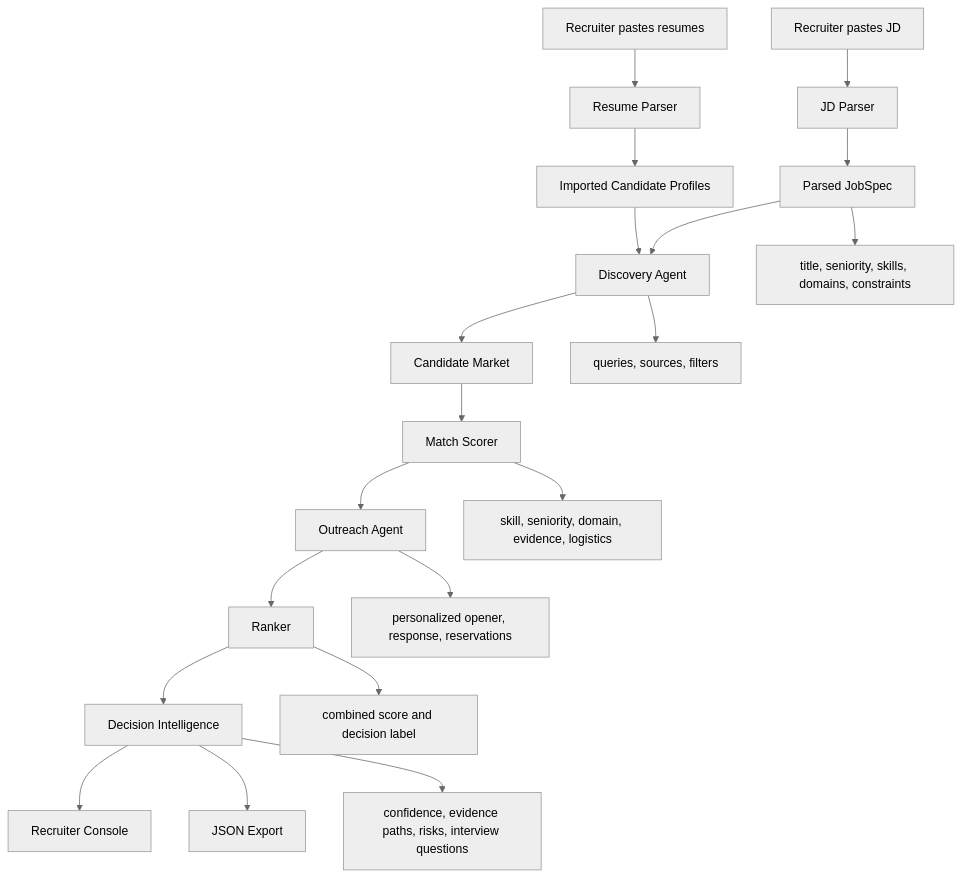
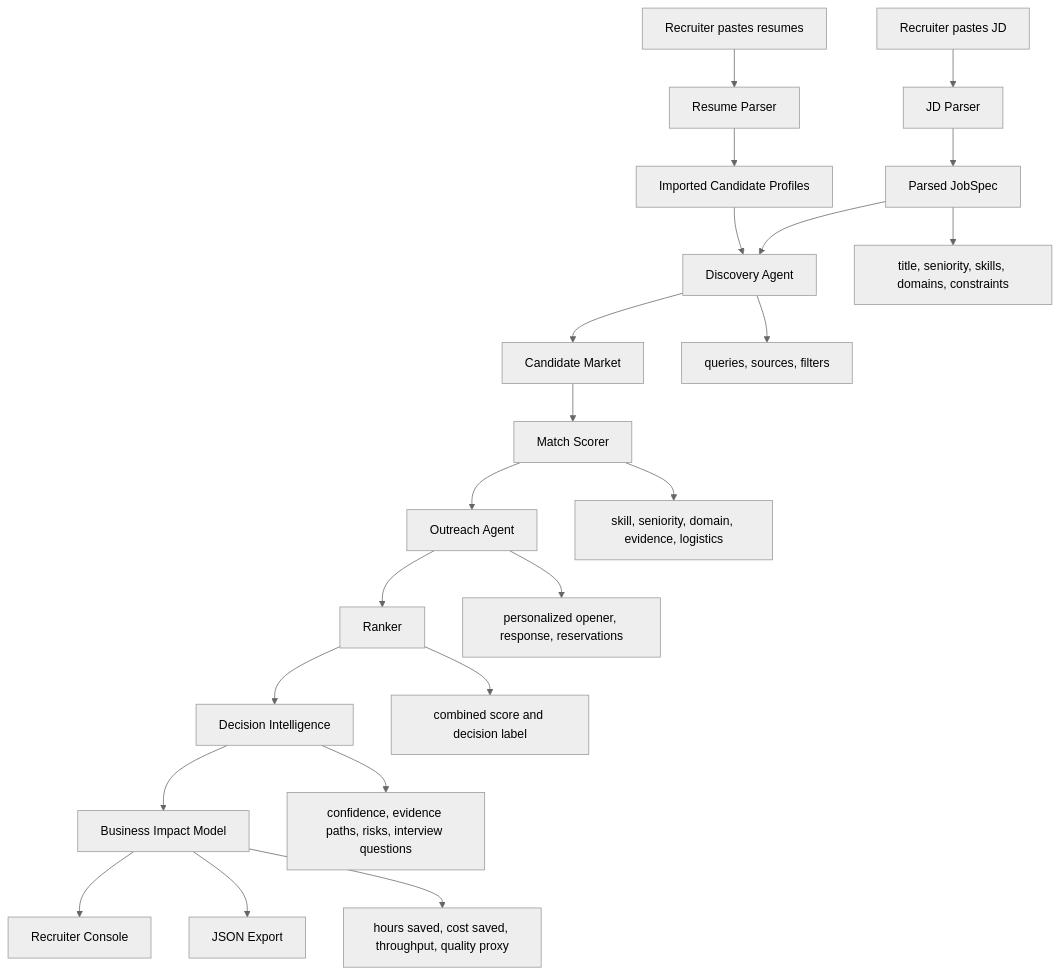
The diagram in docs/architecture.md (Sehaj64/catalyst-talent-agent), drawn with Mermaid (neutral theme) before and after one commit. The commit also changed other lines of this file and 9 other files, not shown here.

Commit message:
Add business impact ROI model

````diff
--- a/docs/architecture.md
+++ b/docs/architecture.md
@@ -3,23 +3,25 @@
 ```mermaid
 flowchart TD
     A["Recruiter pastes JD"] --> B["JD Parser"]
     R["Recruiter pastes resumes"] --> RP["Resume Parser"]
     B --> C["Parsed JobSpec"]
     RP --> P["Imported Candidate Profiles"]
     C --> D["Discovery Agent"]
     P --> D
     D --> E["Candidate Market"]
     E --> F["Match Scorer"]
     F --> G["Outreach Agent"]
     G --> H["Ranker"]
     H --> I["Decision Intelligence"]
-    I --> J["Recruiter Console"]
-    I --> K["JSON Export"]
+    I --> BI["Business Impact Model"]
+    BI --> J["Recruiter Console"]
+    BI --> K["JSON Export"]
 
     C --> C1["title, seniority, skills, domains, constraints"]
     D --> D1["queries, sources, filters"]
     F --> F1["skill, seniority, domain, evidence, logistics"]
     G --> G1["personalized opener, response, reservations"]
     H --> H1["combined score and decision label"]
     I --> I1["confidence, evidence paths, risks, interview questions"]
+    BI --> BI1["hours saved, cost saved, throughput, quality proxy"]
 ```
````
